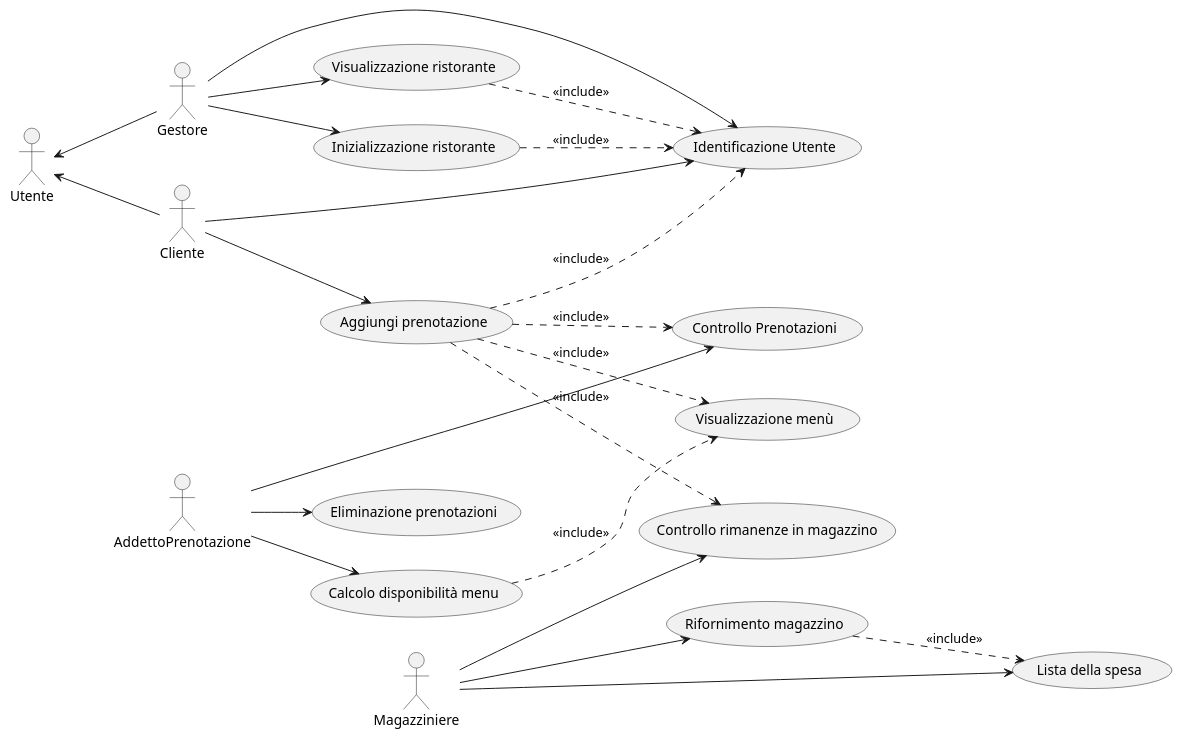
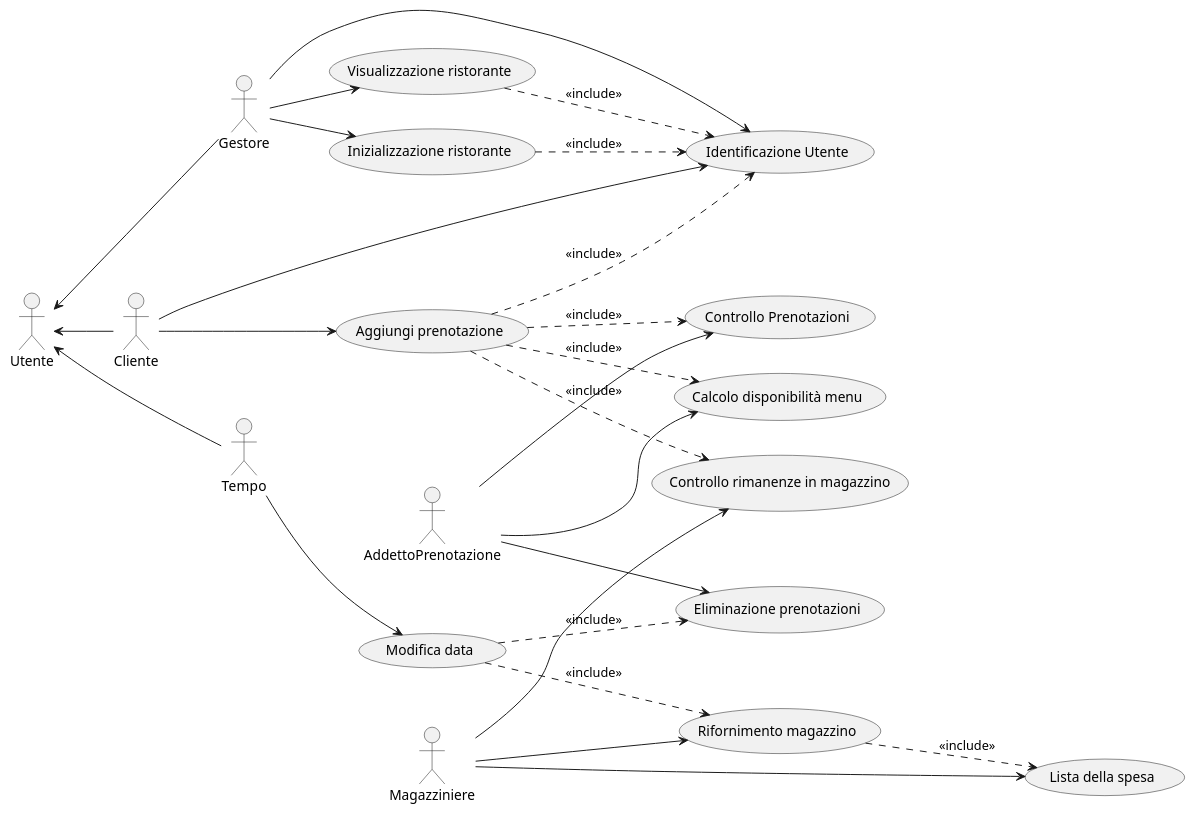
The diagram in Documentazione/CasiDUso.puml (Federico-Dagani/ProgettoSE-A), drawn with PlantUML before and after one commit.

Commit message:
caso d'uso finito

```diff
--- a/Documentazione/CasiDUso.puml
+++ b/Documentazione/CasiDUso.puml
@@ -1,35 +1,41 @@
 @startuml
 'https://plantuml.com/use-case-diagram
 left to right direction
-
 Utente <-- Gestore
 Utente <-- Cliente
+Utente <-- Tempo
 
 Gestore  --> (Identificazione Utente)
 Gestore --> (Visualizzazione ristorante)
 Gestore --> (Inizializzazione ristorante)
 
 Cliente --> (Aggiungi prenotazione)
 Cliente -->(Identificazione Utente)
 
 AddettoPrenotazione --> (Controllo Prenotazioni)
 AddettoPrenotazione --> (Calcolo disponibilità menu)
 AddettoPrenotazione --> (Eliminazione prenotazioni)
 
 Magazziniere --> (Controllo rimanenze in magazzino)
 Magazziniere --> (Lista della spesa)
 Magazziniere --> (Rifornimento magazzino)
 
+Tempo --> (Modifica data)
+
 (Visualizzazione ristorante) ..> (Identificazione Utente) : <<include>>
 (Inizializzazione ristorante) ..> (Identificazione Utente) : <<include>>
 (Aggiungi prenotazione) ..> (Controllo Prenotazioni) : <<include>>
-(Aggiungi prenotazione) ..> (Visualizzazione menù) : <<include>>
+(Aggiungi prenotazione) ..> (Calcolo disponibilità menu) : <<include>>
 (Aggiungi prenotazione) ..> (Identificazione Utente) : <<include>>
-(Calcolo disponibilità menu) ..> (Visualizzazione menù) : <<include>>
 (Aggiungi prenotazione) ..> (Controllo rimanenze in magazzino) : <<include>>
 (Rifornimento magazzino) ..> (Lista della spesa) : <<include>>
+(Modifica data) ..> (Eliminazione prenotazioni) : <<include>>
+(Modifica data) ..> (Rifornimento magazzino) : <<include>>
+'note right of Gestore : Gestore del ristorante.
 
 
-'note right of Gestore : Gestore del ristorante.
+'impaginazione
+Cliente -[hidden]-> Tempo
+Tempo -[hidden]-> AddettoPrenotazione
 
 @enduml
```
